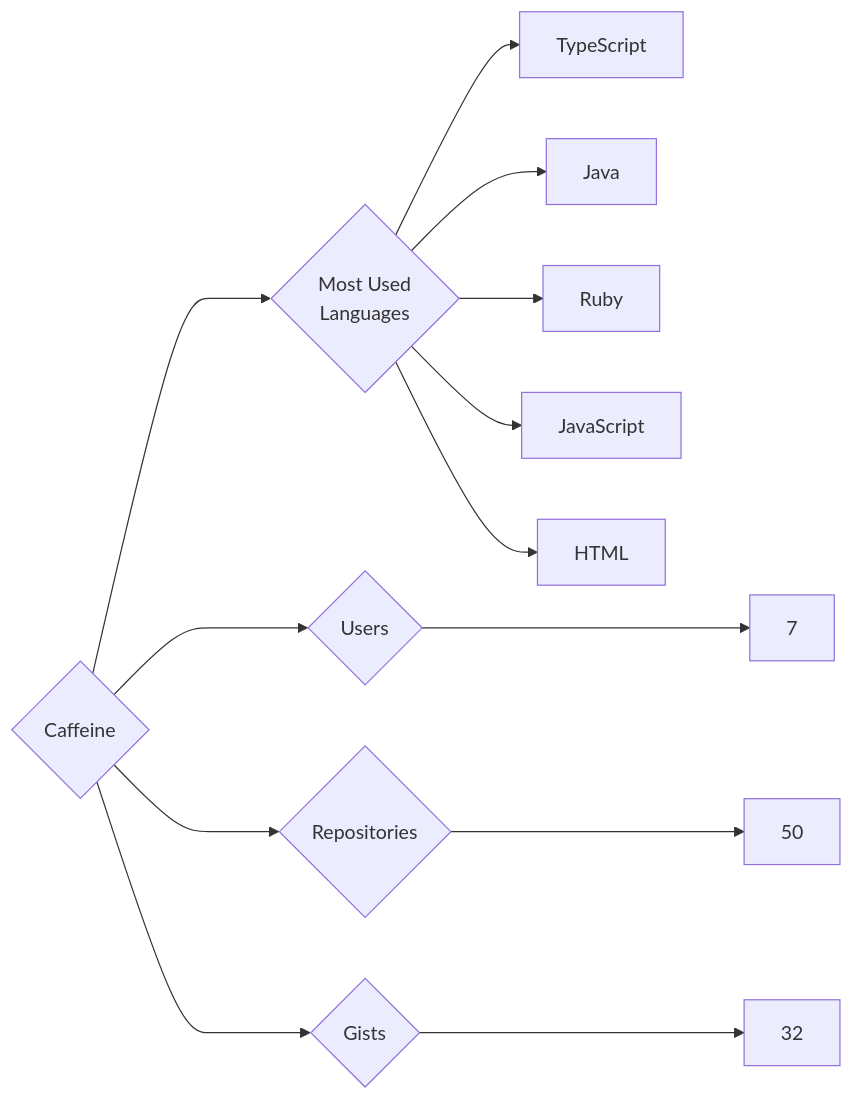
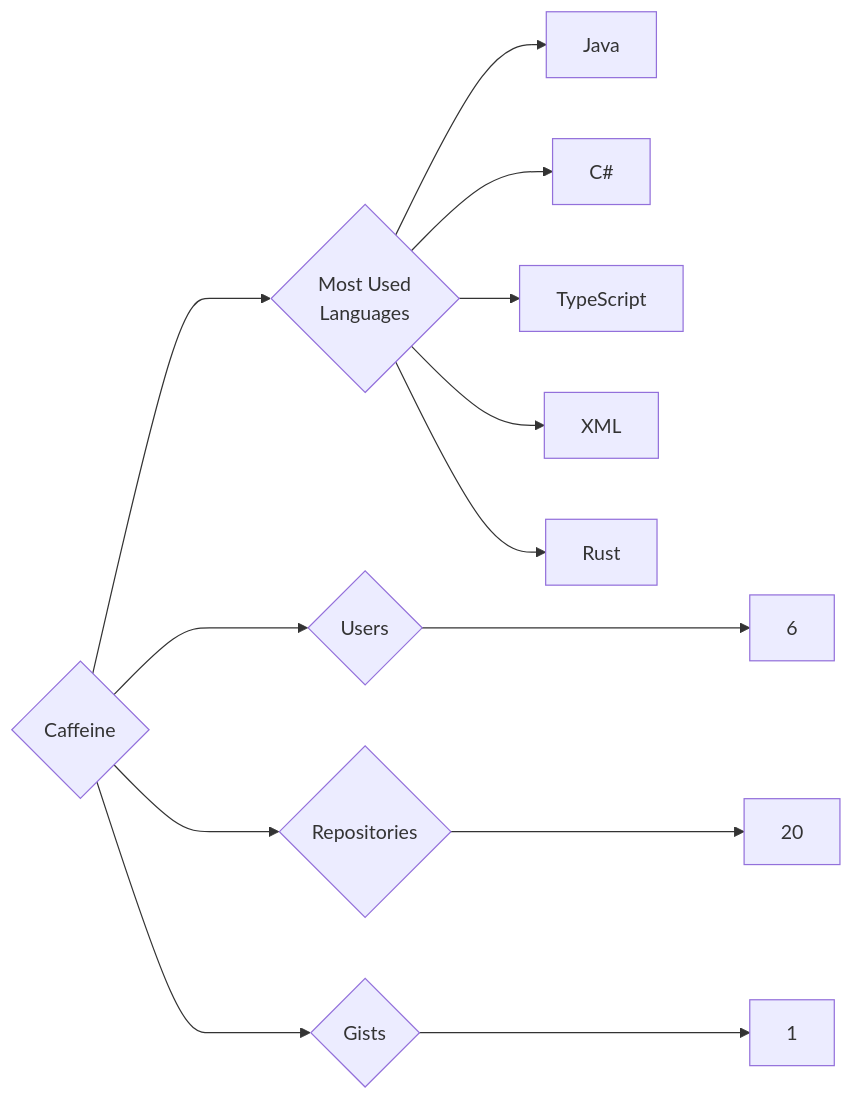
The diagram in targets/Caffeine/README.md (trickest/insiders), drawn with Mermaid before and after one commit. The commit also changed 610 other files, not shown here.

````diff
--- a/targets/Caffeine/README.md
+++ b/targets/Caffeine/README.md
@@ -3,13 +3,13 @@
 ```mermaid
 graph LR
 COMPANY_NAME{Caffeine}
-COMPANY_NAME ---> U{Users} ---> UN[7]
-COMPANY_NAME ---> R{Repositories} ---> RN[50]
-COMPANY_NAME ---> G{Gists} ---> GN[32]
+COMPANY_NAME ---> U{Users} ---> UN[6]
+COMPANY_NAME ---> R{Repositories} ---> RN[20]
+COMPANY_NAME ---> G{Gists} ---> GN[1]
 COMPANY_NAME ---> ML{Most Used<br>Languages}
+ML --> Java[Java]
+ML --> C#[C#]
 ML --> TypeScript[TypeScript]
-ML --> Java[Java]
-ML --> Ruby[Ruby]
-ML --> JavaScript[JavaScript]
-ML --> HTML[HTML]
+ML --> XML[XML]
+ML --> Rust[Rust]
 ```
````
